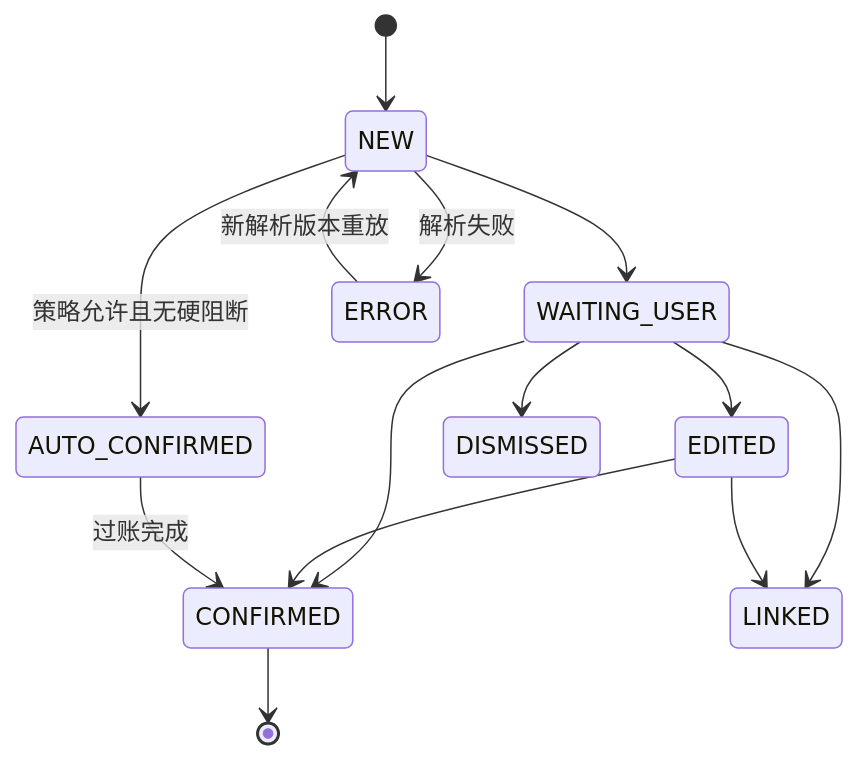
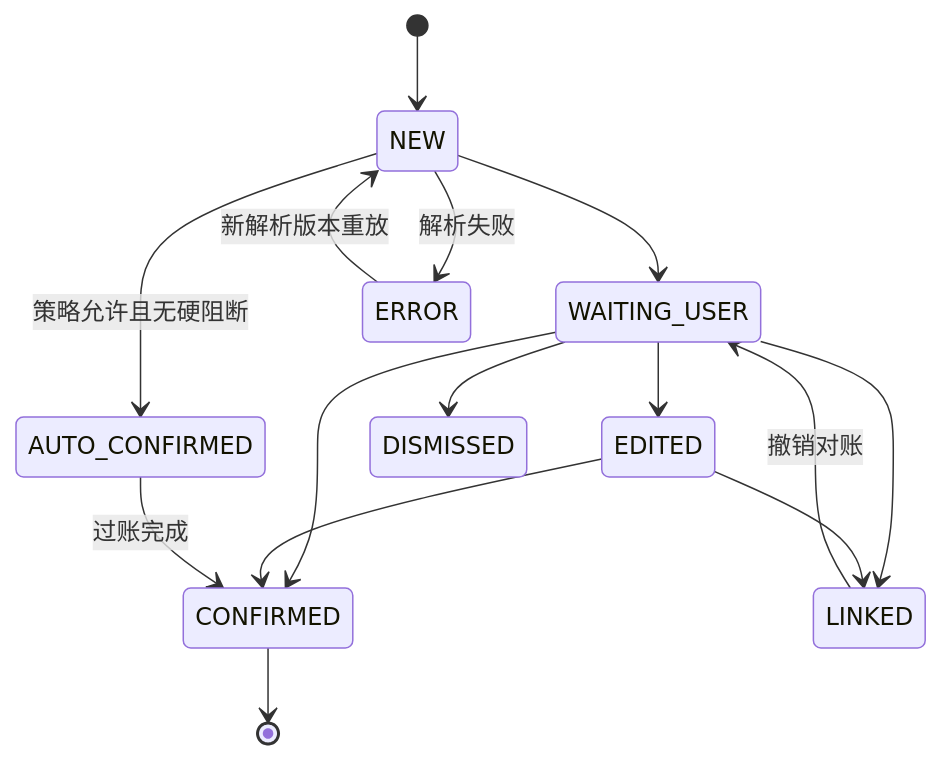
One commit to zjmmt/bill changed the diagram in docs/product-specs/capture-review-reconcile.md. Above: the diagram before and after it, drawn with Mermaid. The commit also changed other lines of this file and 122 other files, not shown here.

````diff
--- a/docs/product-specs/capture-review-reconcile.md
+++ b/docs/product-specs/capture-review-reconcile.md
@@ -46,16 +46,17 @@
 ```mermaid
 stateDiagram-v2
     [*] --> NEW
     NEW --> WAITING_USER
     NEW --> AUTO_CONFIRMED: 策略允许且无硬阻断
     WAITING_USER --> EDITED
     WAITING_USER --> CONFIRMED
     WAITING_USER --> LINKED
     WAITING_USER --> DISMISSED
     EDITED --> CONFIRMED
     EDITED --> LINKED
+    LINKED --> WAITING_USER: 撤销对账
     NEW --> ERROR: 解析失败
     ERROR --> NEW: 新解析版本重放
     AUTO_CONFIRMED --> CONFIRMED: 过账完成
     CONFIRMED --> [*]
 ```
````
